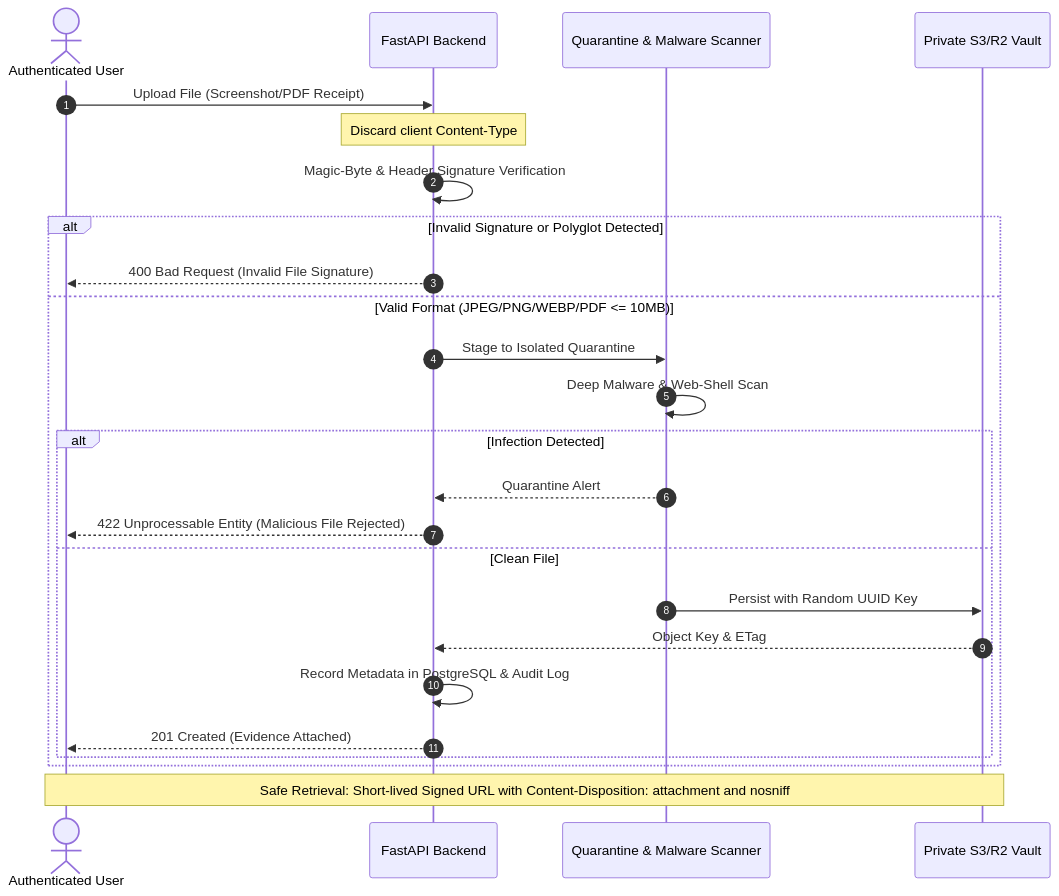
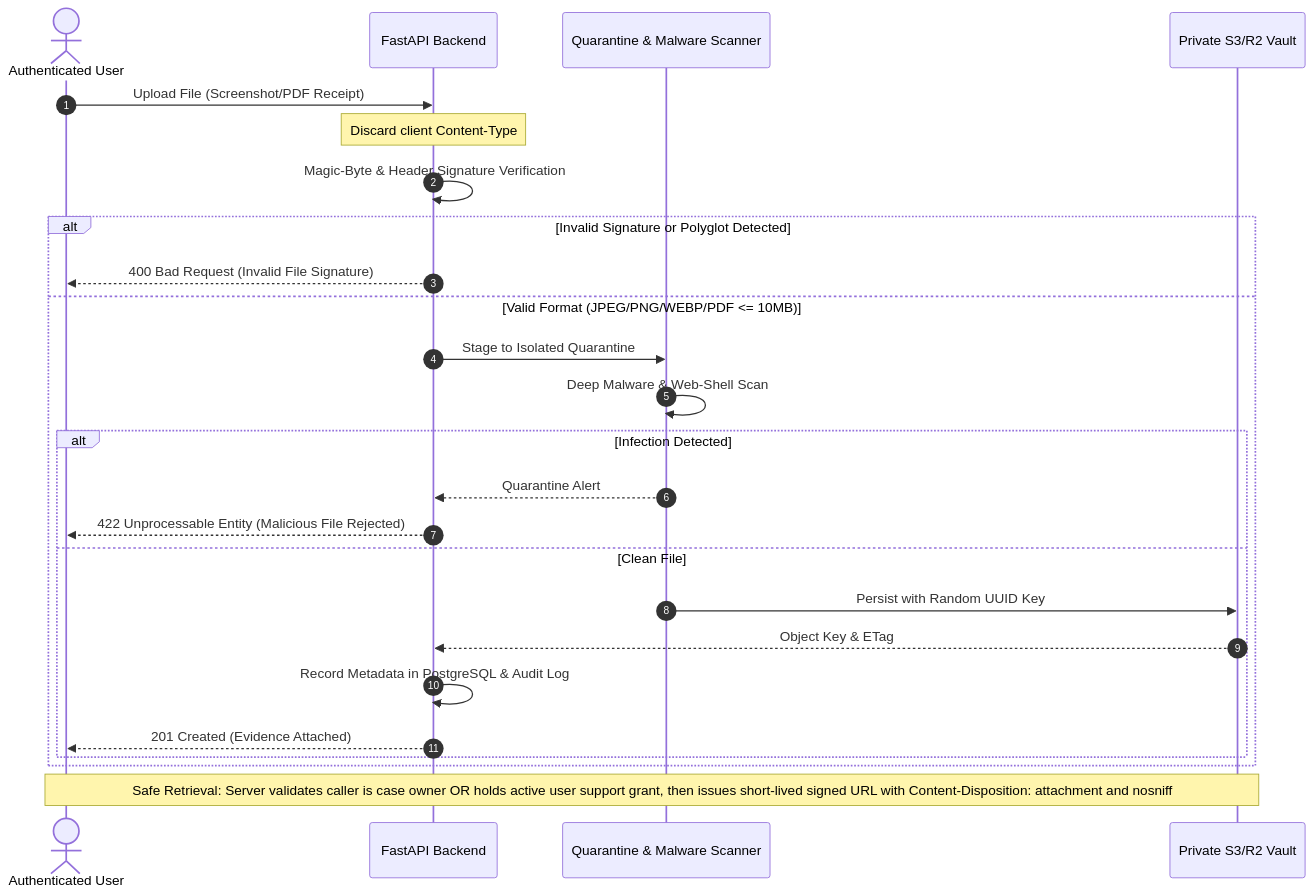
One commit to G28I/Scamfy changed the second of 2 diagrams in scamfy/docs/threat-model.md. Above: the diagram before and after it, drawn with Mermaid. The commit also changed other lines of this file and 1 other file, not shown here.

Commit message:
fix(auth): align signed URL issuance with explicit user support sharing grant

````diff
--- a/scamfy/docs/threat-model.md
+++ b/scamfy/docs/threat-model.md
@@ -77,29 +77,29 @@
 ```mermaid
 sequenceDiagram
     autonumber
     actor Victim as Authenticated User
     participant API as FastAPI Backend
     participant Scanner as Quarantine & Malware Scanner
     participant Vault as Private S3/R2 Vault
 
     Victim->>API: Upload File (Screenshot/PDF Receipt)
     Note over API: Discard client Content-Type
     API->>API: Magic-Byte & Header Signature Verification
     alt Invalid Signature or Polyglot Detected
         API-->>Victim: 400 Bad Request (Invalid File Signature)
     else Valid Format (JPEG/PNG/WEBP/PDF <= 10MB)
         API->>Scanner: Stage to Isolated Quarantine
         Scanner->>Scanner: Deep Malware & Web-Shell Scan
         alt Infection Detected
             Scanner-->>API: Quarantine Alert
             API-->>Victim: 422 Unprocessable Entity (Malicious File Rejected)
         else Clean File
             Scanner->>Vault: Persist with Random UUID Key
             Vault-->>API: Object Key & ETag
             API->>API: Record Metadata in PostgreSQL & Audit Log
             API-->>Victim: 201 Created (Evidence Attached)
         end
     end
 
-    Note over Victim,Vault: Safe Retrieval: Short-lived Signed URL with Content-Disposition: attachment and nosniff
+    Note over Victim,Vault: Safe Retrieval: Server validates caller is case owner OR holds active user support grant, then issues short-lived signed URL with Content-Disposition: attachment and nosniff
 ```
````
